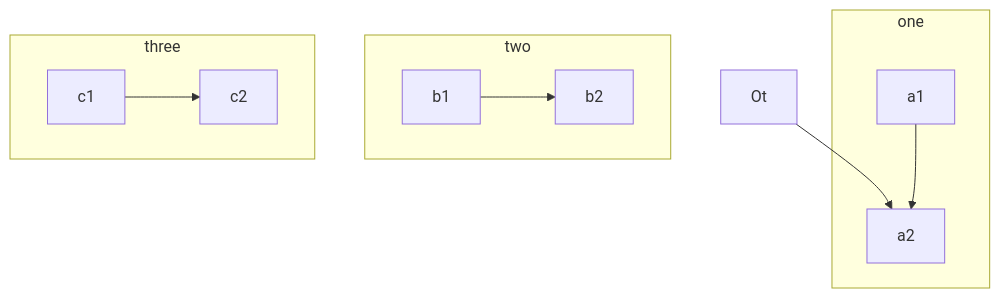
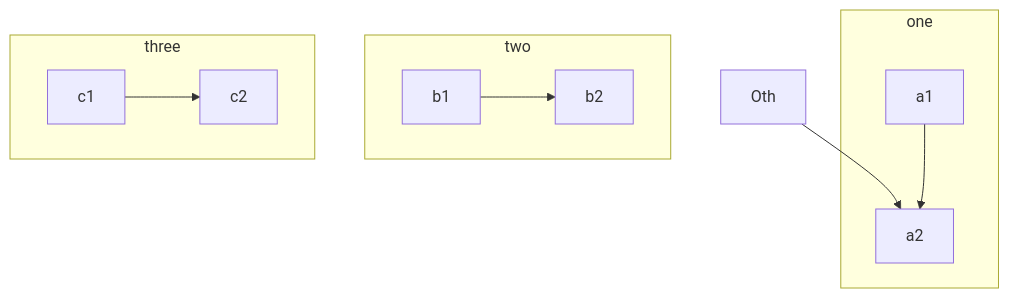
One commit to gerbssusd/dok changed the diagram in slides.md. Above: the diagram before and after it, drawn with Mermaid.

````diff
--- a/slides.md
+++ b/slides.md
@@ -217,19 +217,19 @@
 ```mermaid
 flowchart TB
-    Ot-->a2
+    Oth-->a2
     subgraph one
     a1-->a2
     end
     subgraph two
     b1-->b2
     end
     subgraph three
     c1-->c2
     end
 
 
 
 
 
 
 ```
````
